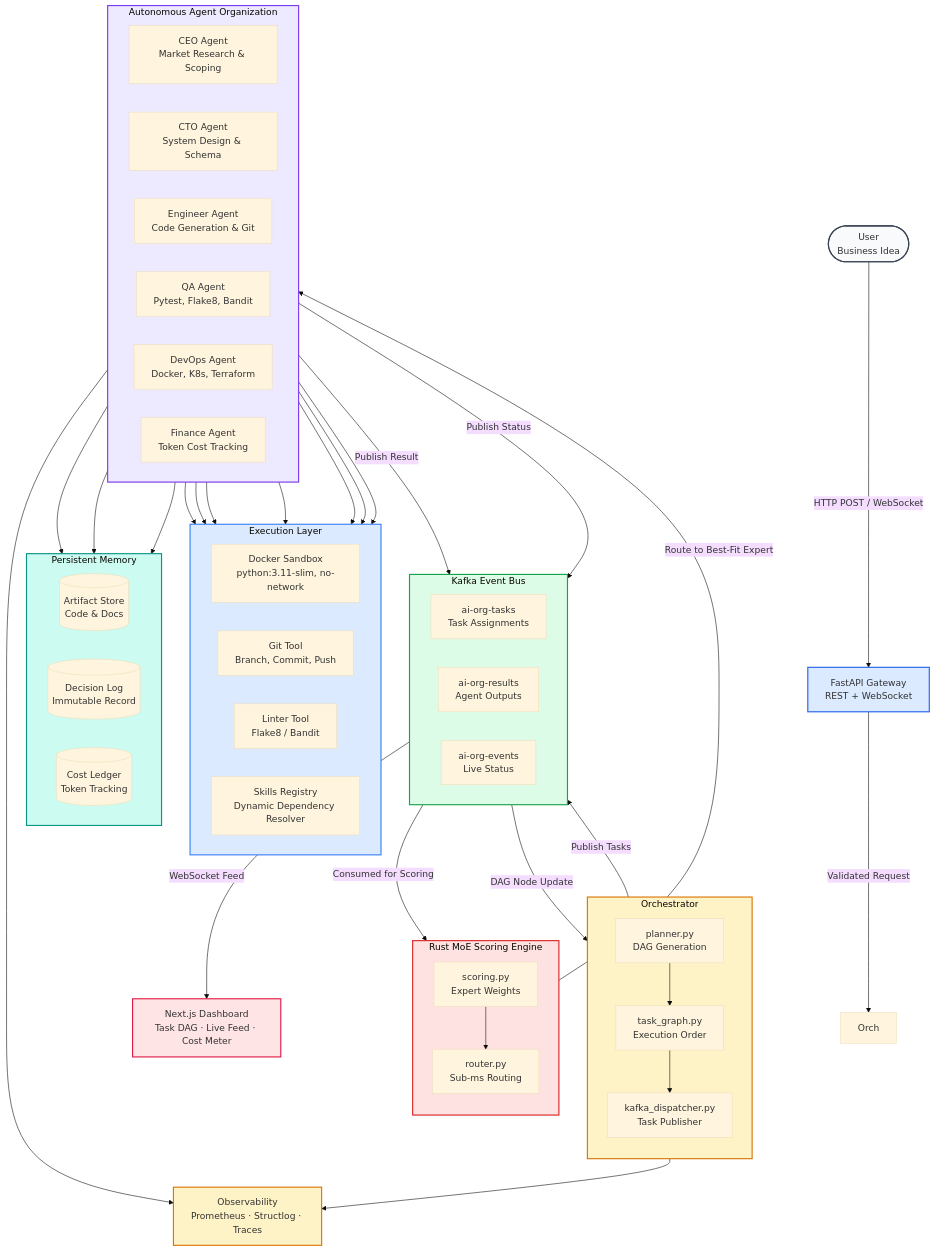
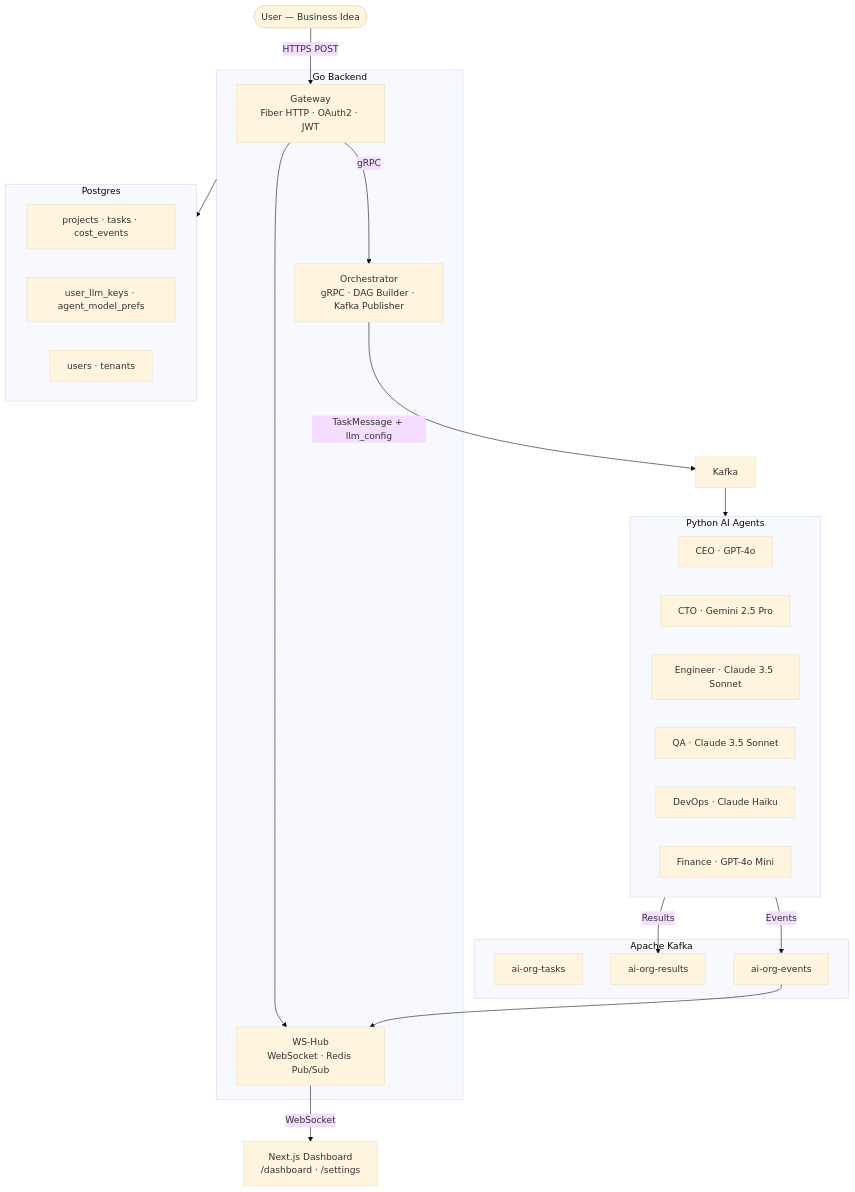
The diagram in README.md (ArshVermaGit/Autonomous-Multi-Agent-AI-Organization), drawn with Mermaid (base theme) before and after one commit. The commit also changed other lines of this file, not shown here.

First line of the commit message:
docs: complete README rewrite — Go backend, dual auth modes, real quick-start

````diff
--- a/README.md
+++ b/README.md
@@ -26,94 +24,44 @@
 ```mermaid
 flowchart TB
-    User(["User\nBusiness Idea"]) -->|"HTTP POST / WebSocket"| API
+    User(["User — Business Idea"]) -->|"HTTPS POST"| GW
 
-    API["FastAPI Gateway\nREST + WebSocket"]
-    API -->|"Validated Request"| Orch
-
-    subgraph Orchestrator ["Orchestrator"]
-        direction TB
-        Planner["planner.py\nDAG Generation"]
-        Graph["task_graph.py\nExecution Order"]
-        Dispatcher["kafka_dispatcher.py\nTask Publisher"]
-        Planner --> Graph --> Dispatcher
+    subgraph GoBackend ["Go Backend"]
+        GW["Gateway\nFiber HTTP · OAuth2 · JWT"]
+        Orch["Orchestrator\ngRPC · DAG Builder · Kafka Publisher"]
+        WS["WS-Hub\nWebSocket · Redis Pub/Sub"]
+        GW -->|"gRPC"| Orch
+        GW --> WS
     end
 
-    Dispatcher -->|"Publish Tasks"| K_Task
+    Orch -->|"TaskMessage + llm_config"| Kafka
 
-    subgraph EventBus ["Kafka Event Bus"]
-        direction LR
-        K_Task["ai-org-tasks\nTask Assignments"]
-        K_Result["ai-org-results\nAgent Outputs"]
-        K_Event["ai-org-events\nLive Status"]
+    subgraph EventBus ["Apache Kafka"]
+        T["ai-org-tasks"]
+        R["ai-org-results"]
+        E["ai-org-events"]
     end
 
-    K_Task -->|"Consumed for Scoring"| MoE
+    Kafka --> Agents
 
-    subgraph MoE ["Rust MoE Scoring Engine"]
-        direction TB
-        Scorer["scoring.py\nExpert Weights"]
-        Router["router.py\nSub-ms Routing"]
-        Scorer --> Router
+    subgraph Agents ["Python AI Agents"]
+        CEO["CEO · GPT-4o"]
+        CTO["CTO · Gemini 2.5 Pro"]
+        ENG["Engineer · Claude 3.5 Sonnet"]
+        QA["QA · Claude 3.5 Sonnet"]
+        OPS["DevOps · Claude Haiku"]
+        FIN["Finance · GPT-4o Mini"]
     end
 
-    Router -->|"Route to Best-Fit Expert"| Agents
+    Agents -->|"Results"| R
+    Agents -->|"Events"| E
+    E --> WS
 
-    subgraph Agents ["Autonomous Agent Organization"]
-        direction LR
-        CEO["CEO Agent\nMarket Research & Scoping"]
-        CTO["CTO Agent\nSystem Design & Schema"]
-        ENG["Engineer Agent\nCode Generation & Git"]
-        QA["QA Agent\nPytest, Flake8, Bandit"]
-        OPS["DevOps Agent\nDocker, K8s, Terraform"]
-        FIN["Finance Agent\nToken Cost Tracking"]
+    subgraph DB ["Postgres"]
+        P1["projects · tasks · cost_events"]
+        P2["user_llm_keys · agent_model_prefs"]
+        P3["users · tenants"]
     end
 
-    Agents -->|"Publish Result"| K_Result
-    K_Result -->|"DAG Node Update"| Orchestrator
-
-    Agents -->|"Publish Status"| K_Event
-    K_Event -->|"WebSocket Feed"| Dash
-
-    subgraph Tools ["Execution Layer"]
-        direction LR
-        Docker["Docker Sandbox\npython:3.11-slim, no-network"]
-        Git["Git Tool\nBranch, Commit, Push"]
-        Linter["Linter Tool\nFlake8 / Bandit"]
-        Skills["Skills Registry\nDynamic Dependency Resolver"]
-    end
-
-    ENG --> Docker
-    ENG --> Git
-    QA --> Docker
-    QA --> Linter
-    OPS --> Git
-    ENG --> Skills
-    QA --> Skills
-
-    subgraph Memory ["Persistent Memory"]
-        direction LR
-        ArtStore[("Artifact Store\nCode & Docs")]
-        DecLog[("Decision Log\nImmutable Record")]
-        CostLedger[("Cost Ledger\nToken Tracking")]
-    end
-
-    Agents --> ArtStore
-    Agents --> DecLog
-    FIN --> CostLedger
-
-    Dash["Next.js Dashboard\nTask DAG · Live Feed · Cost Meter"]
-    Obs["Observability\nPrometheus · Structlog · Traces"]
-    Agents --> Obs
-    Orchestrator --> Obs
-
-    style User         fill:#f9fafb,stroke:#374151,stroke-width:2px
-    style API          fill:#dbeafe,stroke:#2563eb,stroke-width:2px
-    style Orchestrator fill:#fef3c7,stroke:#d97706,stroke-width:2px
-    style EventBus     fill:#dcfce7,stroke:#16a34a,stroke-width:2px
-    style MoE          fill:#fee2e2,stroke:#dc2626,stroke-width:2px
-    style Agents       fill:#ede9fe,stroke:#7c3aed,stroke-width:2px
-    style Tools        fill:#dbeafe,stroke:#3b82f6,stroke-width:2px
-    style Memory       fill:#ccfbf1,stroke:#0d9488,stroke-width:2px
-    style Dash         fill:#ffe4e6,stroke:#e11d48,stroke-width:2px
-    style Obs          fill:#fef3c7,stroke:#d97706,stroke-width:2px
+    GoBackend --> DB
+    WS -->|"WebSocket"| Dash["Next.js Dashboard\n/dashboard · /settings"]
 ```
````
